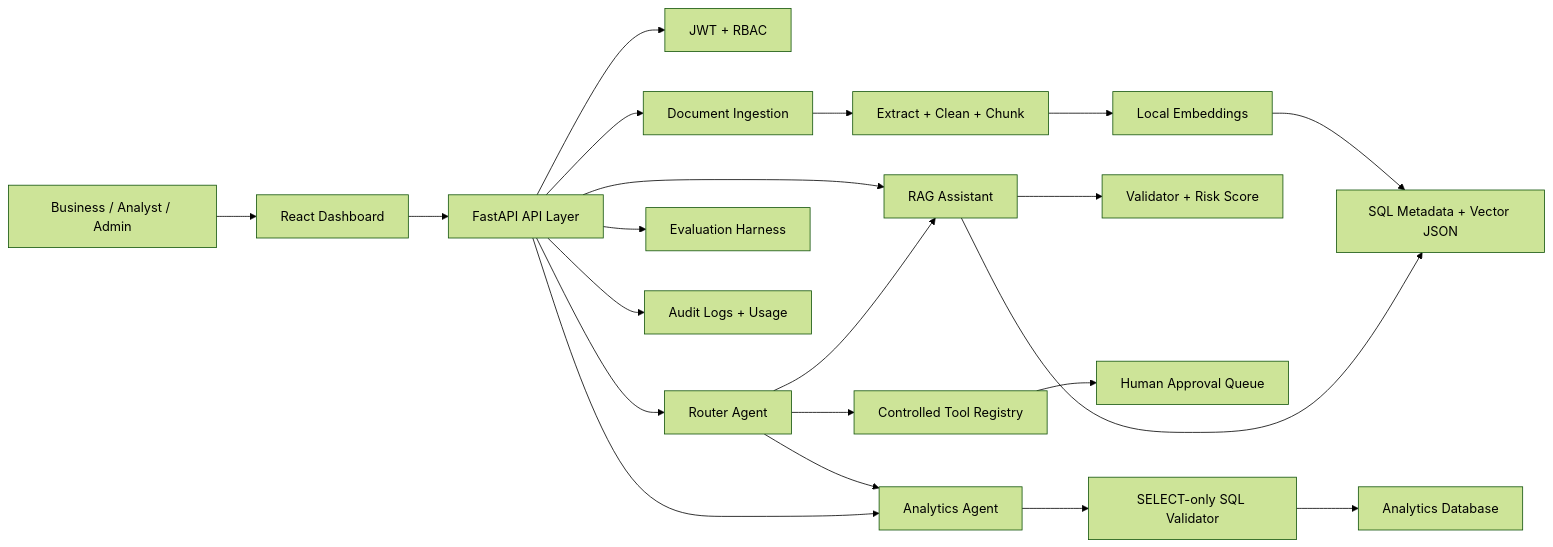
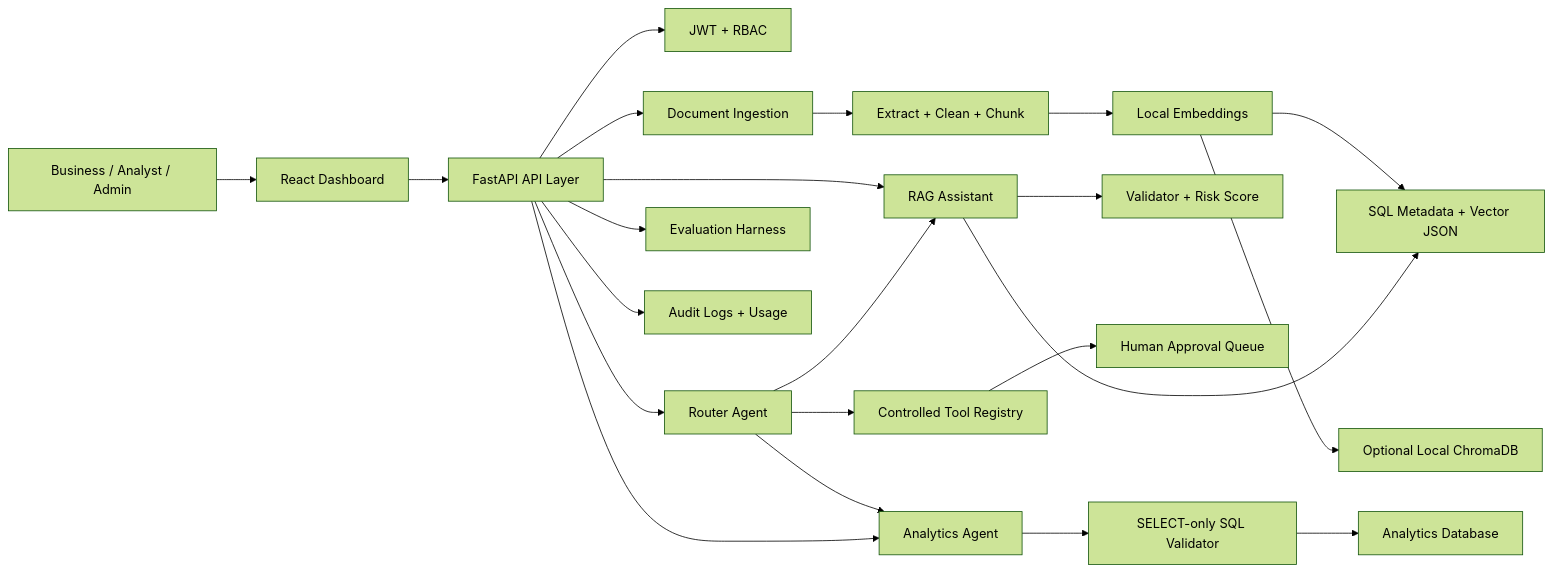
The diagram in docs/architecture.md (ashokpydev/GenAI), drawn with Mermaid (forest theme) before and after one commit. The commit also changed other lines of this file and 19 other files, not shown here.

````diff
--- a/docs/architecture.md
+++ b/docs/architecture.md
@@ -3,23 +3,24 @@
 ```mermaid
 flowchart LR
   User["Business / Analyst / Admin"] --> UI["React Dashboard"]
   UI --> API["FastAPI API Layer"]
   API --> Auth["JWT + RBAC"]
   API --> Docs["Document Ingestion"]
   Docs --> Extract["Extract + Clean + Chunk"]
   Extract --> Embed["Local Embeddings"]
   Embed --> Store["SQL Metadata + Vector JSON"]
+  Embed --> Chroma["Optional Local ChromaDB"]
   API --> RAG["RAG Assistant"]
   RAG --> Store
   RAG --> Guard["Validator + Risk Score"]
   API --> Agent["Router Agent"]
   Agent --> RAG
   Agent --> SQL
   Agent --> Tools["Controlled Tool Registry"]
   Tools --> Approval["Human Approval Queue"]
   API --> SQL["Analytics Agent"]
   SQL --> SQLGuard["SELECT-only SQL Validator"]
   SQLGuard --> DemoDB["Analytics Database"]
   API --> Eval["Evaluation Harness"]
   API --> Audit["Audit Logs + Usage"]
 ```
````
